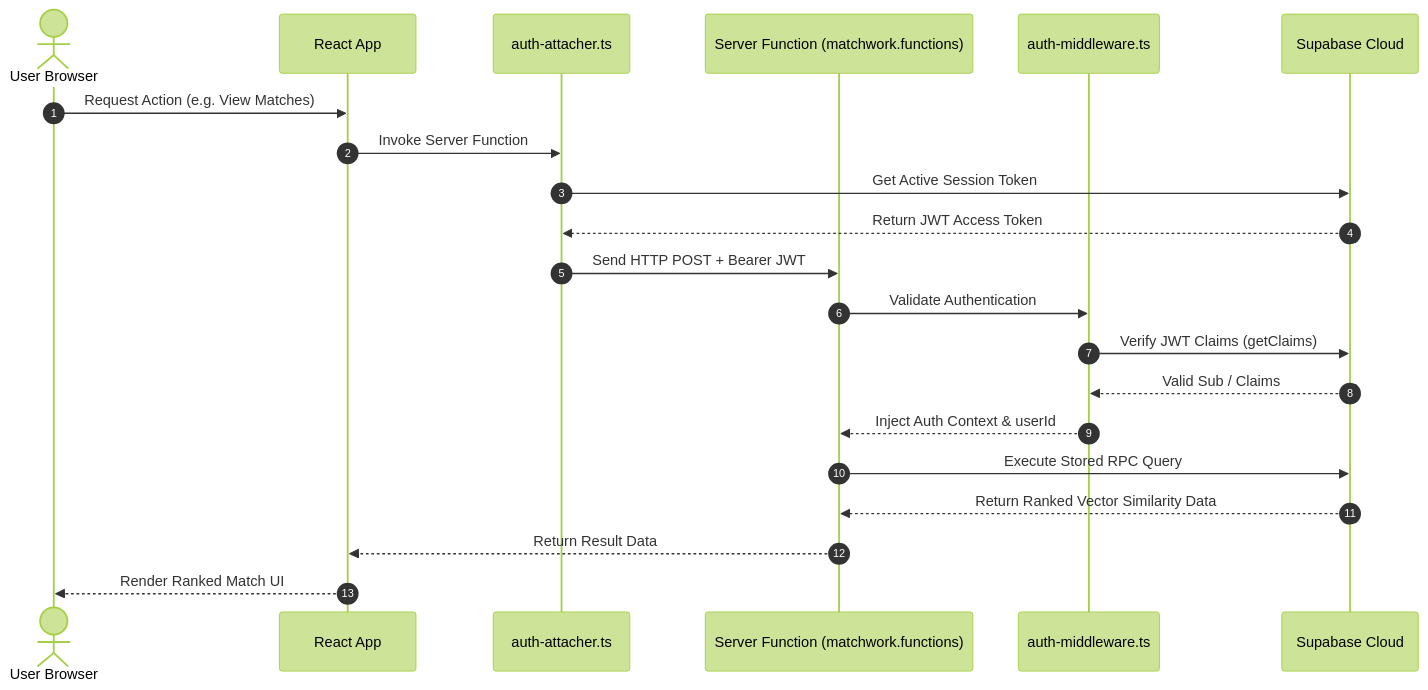
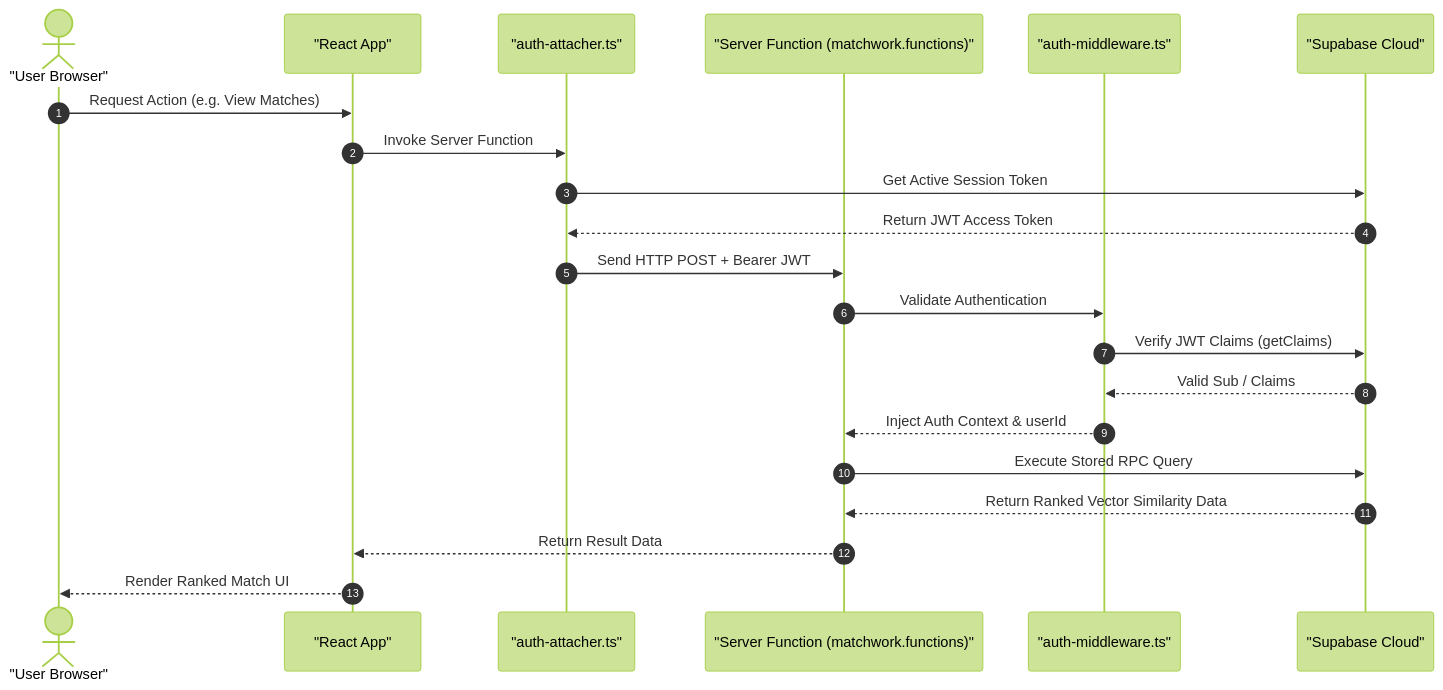
The fifth of 6 diagrams in README.md (sundaram22verma/MatchWork), drawn with Mermaid (forest theme) before and after one commit. The commit also changed other lines of this file, not shown here.

Commit message:
fix(docs): update Mermaid diagrams for improved readability and consistency

````diff
--- a/README.md
+++ b/README.md
@@ -673,24 +673,24 @@
 ```mermaid
 sequenceDiagram
     autonumber
-    actor User as User Browser
-    participant App as React App
-    participant AuthAttacher as auth-attacher.ts
-    participant ServerFn as Server Function (matchwork.functions)
-    participant AuthMiddleware as auth-middleware.ts
-    participant Supabase as Supabase Cloud
+    actor User as "User Browser"
+    participant App as "React App"
+    participant AuthAttacher as "auth-attacher.ts"
+    participant ServerFn as "Server Function (matchwork.functions)"
+    participant AuthMiddleware as "auth-middleware.ts"
+    participant Supabase as "Supabase Cloud"
 
     User->>App: Request Action (e.g. View Matches)
     App->>AuthAttacher: Invoke Server Function
     AuthAttacher->>Supabase: Get Active Session Token
     Supabase-->>AuthAttacher: Return JWT Access Token
     AuthAttacher->>ServerFn: Send HTTP POST + Bearer JWT
     ServerFn->>AuthMiddleware: Validate Authentication
     AuthMiddleware->>Supabase: Verify JWT Claims (getClaims)
     Supabase-->>AuthMiddleware: Valid Sub / Claims
     AuthMiddleware-->>ServerFn: Inject Auth Context & userId
     ServerFn->>Supabase: Execute Stored RPC Query
     Supabase-->>ServerFn: Return Ranked Vector Similarity Data
     ServerFn-->>App: Return Result Data
     App-->>User: Render Ranked Match UI
 ```
````
